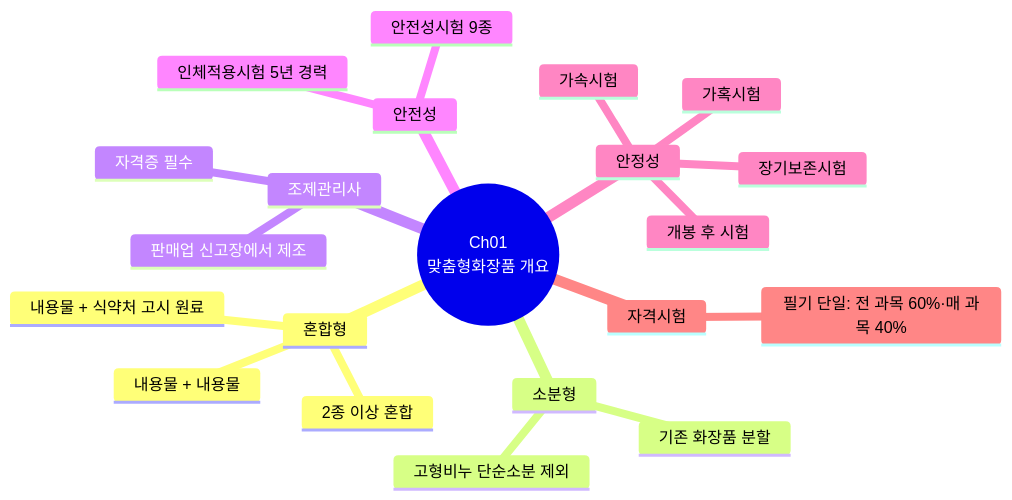
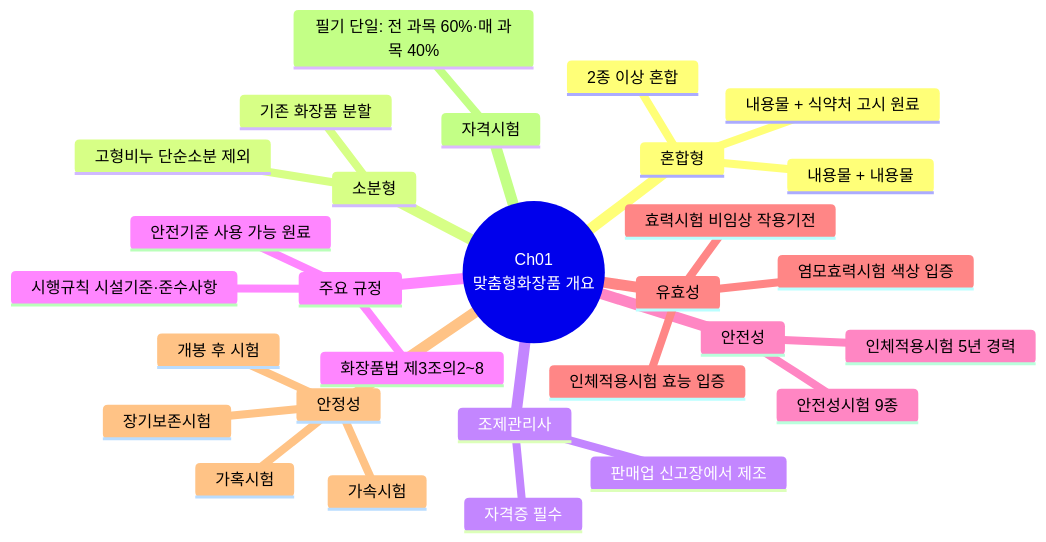
Before and after one commit to skygoldlee-cyber/Personalized_Skincare: the tenth of 28 diagrams in content/교재/understanding/4과목_맞춤형화장품의이해_이야기형.md, drawn with Mermaid. The commit also changed other lines of this file and 6 other files, not shown here.

````diff
--- a/content/교재/understanding/4과목_맞춤형화장품의이해_이야기형.md
+++ b/content/교재/understanding/4과목_맞춤형화장품의이해_이야기형.md
@@ -587,24 +587,32 @@
 ```mermaid
 mindmap
  root((Ch01<br/>맞춤형화장품 개요))
   혼합형
    내용물 + 내용물
    내용물 + 식약처 고시 원료
    2종 이상 혼합
   소분형
    기존 화장품 분할
    고형비누 단순소분 제외
   조제관리사
    자격증 필수
    판매업 신고장에서 제조
+  주요 규정
+   화장품법 제3조의2~8
+   시행규칙 시설기준·준수사항
+   안전기준 사용 가능 원료
   안전성
    안전성시험 9종
    인체적용시험 5년 경력
+  유효성
+   효력시험 비임상 작용기전
+   인체적용시험 효능 입증
+   염모효력시험 색상 입증
   안정성
    장기보존시험
    가속시험
    가혹시험
    개봉 후 시험
   자격시험
    필기 단일: 전 과목 60%·매 과목 40%
 ```
````
